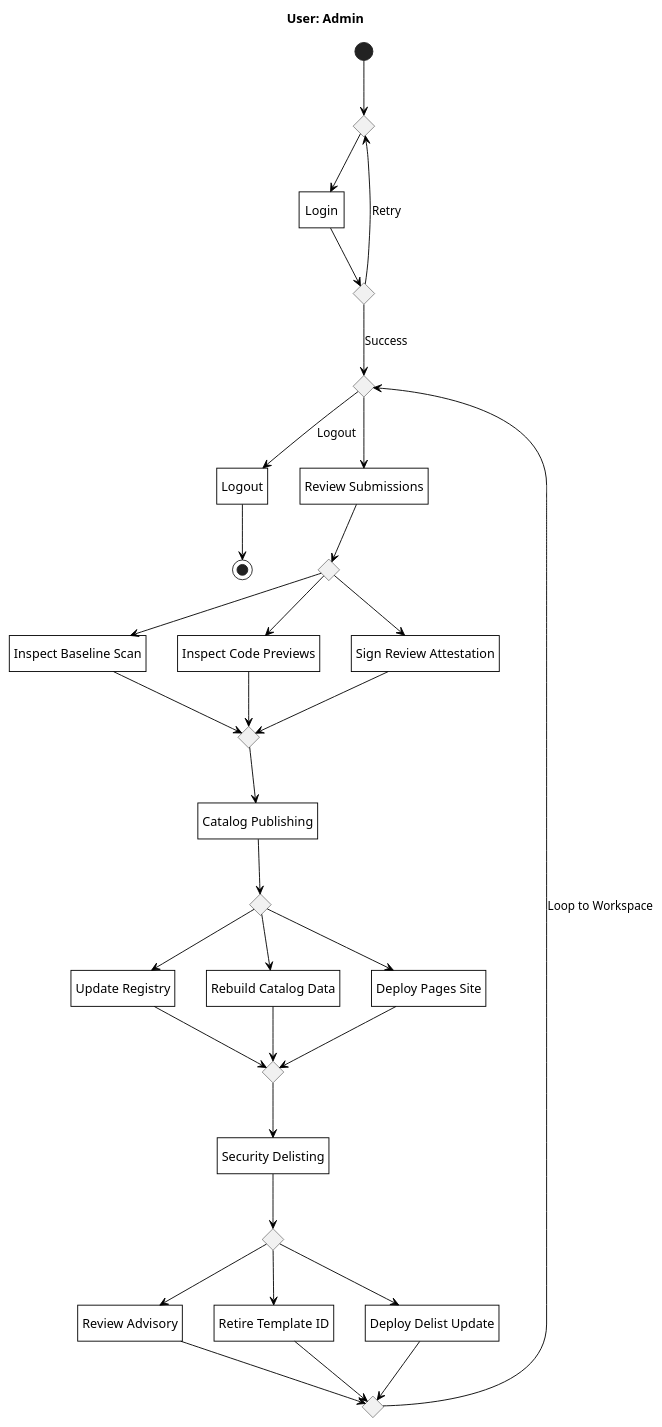
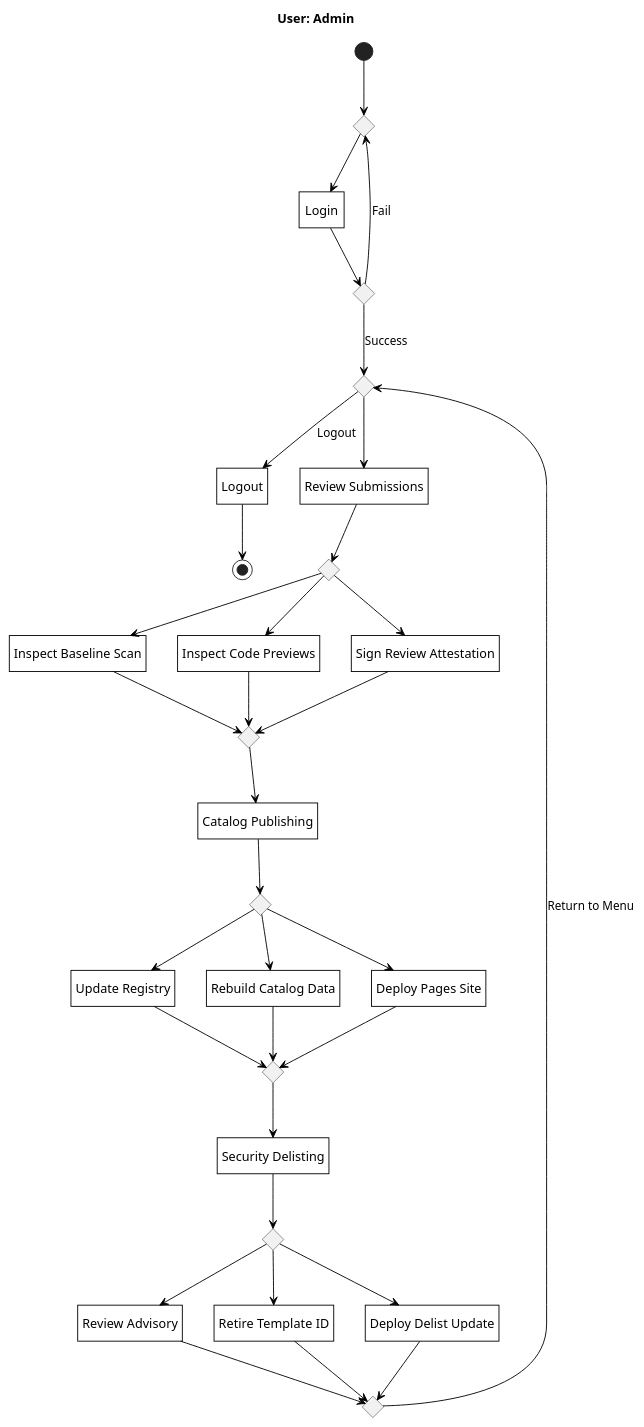
The diagram in diagrams/puml/state-machine/user-admin.puml (Litho-MD/uet-fyp-docs), drawn with PlantUML before and after one commit. The commit also changed 17 other files, not shown here.

Commit message:
feat(diagrams): update state machine diagrams with diamond loops, clean exits, and monochrome styling

```diff
--- a/diagrams/puml/state-machine/user-admin.puml
+++ b/diagrams/puml/state-machine/user-admin.puml
@@ -1,88 +1,88 @@
 @startuml state-user-admin
 title User: Admin
 
 hide empty description
 
 skinparam monochrome true
 skinparam backgroundColor white
 skinparam shadowing false
 skinparam defaultTextAlignment center
 skinparam roundCorner 0
 skinparam ArrowColor black
 skinparam defaultFontColor black
 skinparam stateBorderThickness 1
 skinparam state {
     BackgroundColor white
     BorderColor black
     FontColor black
 }
 
 state c_start <<choice>>
 state "Login" as login
 state c_auth <<choice>>
 state c_menu <<choice>>
 state "Logout" as logout
 
 [*] --> c_start
 c_start --> login
 login --> c_auth
 c_auth --> c_menu : Success
-c_auth --> c_start : Retry
+c_auth --> c_start : Fail
 
 c_menu --> logout : Logout
 logout --> [*]
 
 ' Section 1: Review Submissions
 state "Review Submissions" as feat1
 state c_f1 <<choice>>
 state "Inspect Baseline Scan" as f1_1
 state "Inspect Code Previews" as f1_2
 state "Sign Review Attestation" as f1_3
 state c_f1_m <<choice>>
 
 c_menu --> feat1
 feat1 --> c_f1
 c_f1 --> f1_1
 c_f1 --> f1_2
 c_f1 --> f1_3
 f1_1 --> c_f1_m
 f1_2 --> c_f1_m
 f1_3 --> c_f1_m
 
 ' Section 2: Catalog Publishing
 state "Catalog Publishing" as feat2
 state c_f2 <<choice>>
 state "Update Registry" as f2_1
 state "Rebuild Catalog Data" as f2_2
 state "Deploy Pages Site" as f2_3
 state c_f2_m <<choice>>
 
 c_f1_m --> feat2
 feat2 --> c_f2
 c_f2 --> f2_1
 c_f2 --> f2_2
 c_f2 --> f2_3
 f2_1 --> c_f2_m
 f2_2 --> c_f2_m
 f2_3 --> c_f2_m
 
 ' Section 3: Security & Delisting
 state "Security Delisting" as feat3
 state c_f3 <<choice>>
 state "Review Advisory" as f3_1
 state "Retire Template ID" as f3_2
 state "Deploy Delist Update" as f3_3
 state c_f3_m <<choice>>
 
 c_f2_m --> feat3
 feat3 --> c_f3
 c_f3 --> f3_1
 c_f3 --> f3_2
 c_f3 --> f3_3
 f3_1 --> c_f3_m
 f3_2 --> c_f3_m
 f3_3 --> c_f3_m
 
-c_f3_m --> c_menu : Loop to Workspace
+c_f3_m --> c_menu : Return to Menu
 
 @enduml
```
